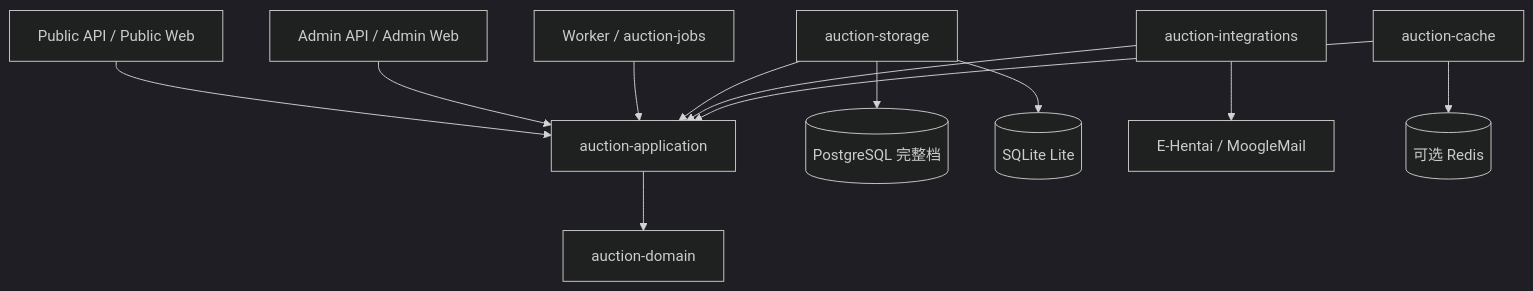
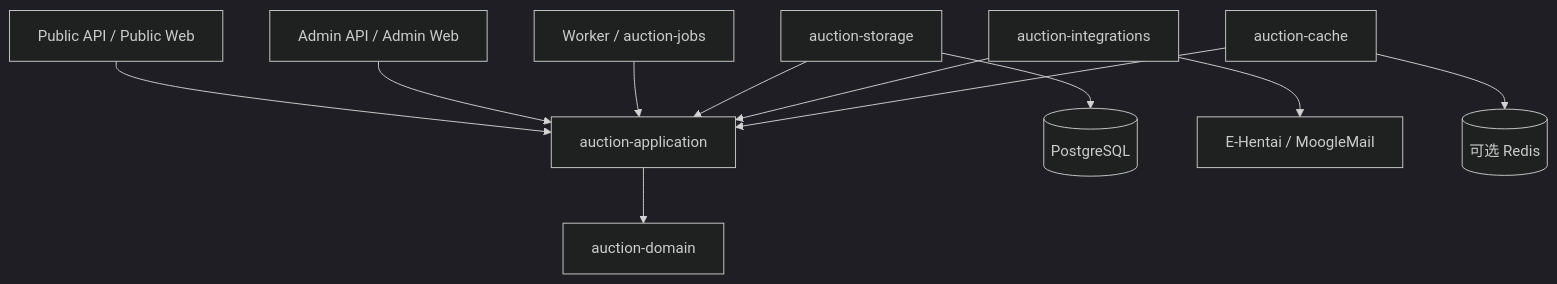
One commit to ngnlAYY/Auction changed the diagram in docs/architecture.md. Above: the diagram before and after it, drawn with Mermaid (dark theme). The commit also changed other lines of this file and 280 other files, not shown here.

First line of the commit message:
refactor!: 收口 PostgreSQL 并精简项目

````diff
--- a/docs/architecture.md
+++ b/docs/architecture.md
@@ -19,14 +21,13 @@
 ```mermaid
 flowchart TD
     Public[Public API / Public Web] --> App[auction-application]
     Admin[Admin API / Admin Web] --> App
     Worker[Worker / auction-jobs] --> App
     App --> Domain[auction-domain]
     Storage[auction-storage] --> App
     Integrations[auction-integrations] --> App
     Cache[auction-cache] --> App
-    Storage --> PG[(PostgreSQL 完整档)]
-    Storage --> Lite[(SQLite Lite)]
+    Storage --> PG[(PostgreSQL)]
     Integrations --> Remote[E-Hentai / MoogleMail]
     Cache --> Redis[(可选 Redis)]
 ```
````
